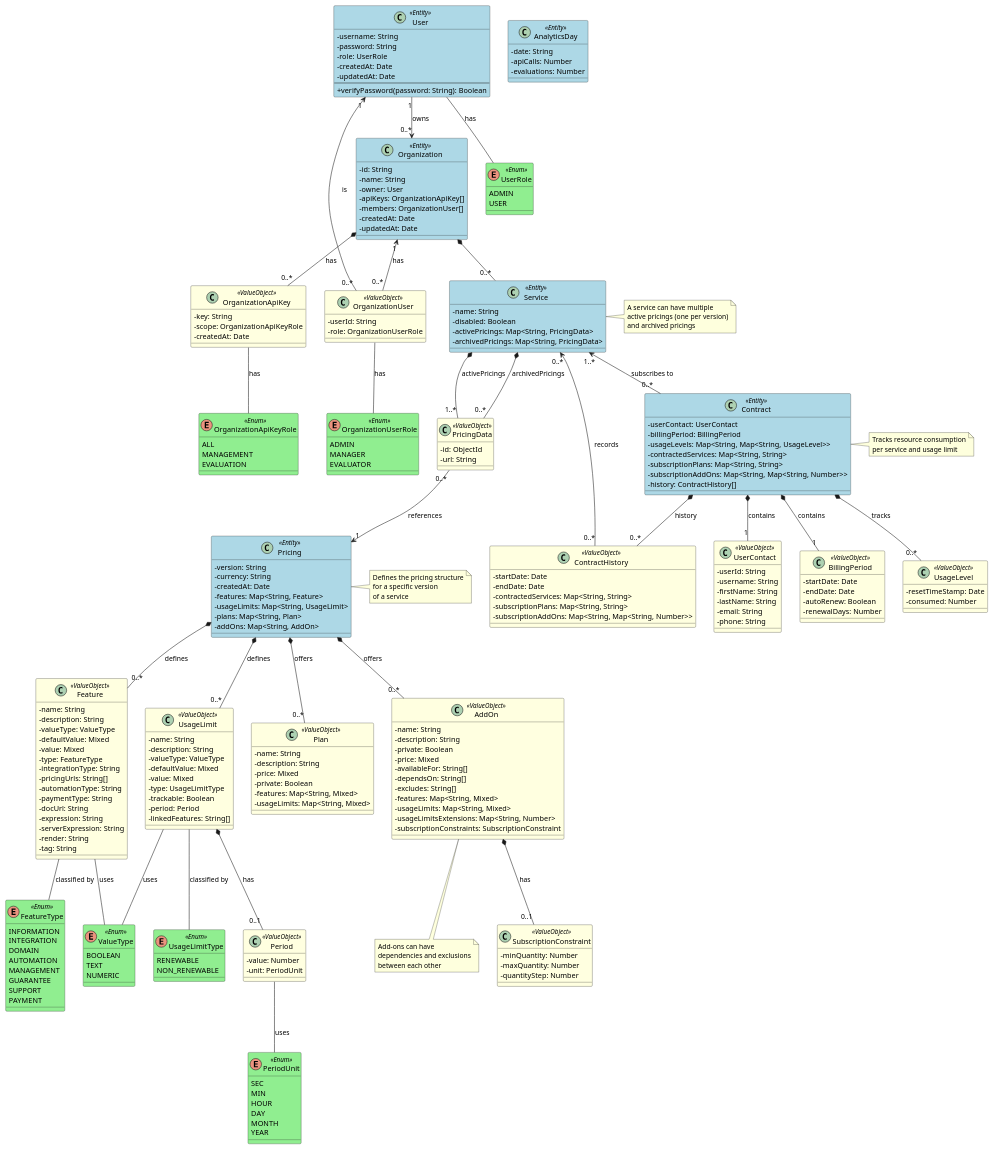
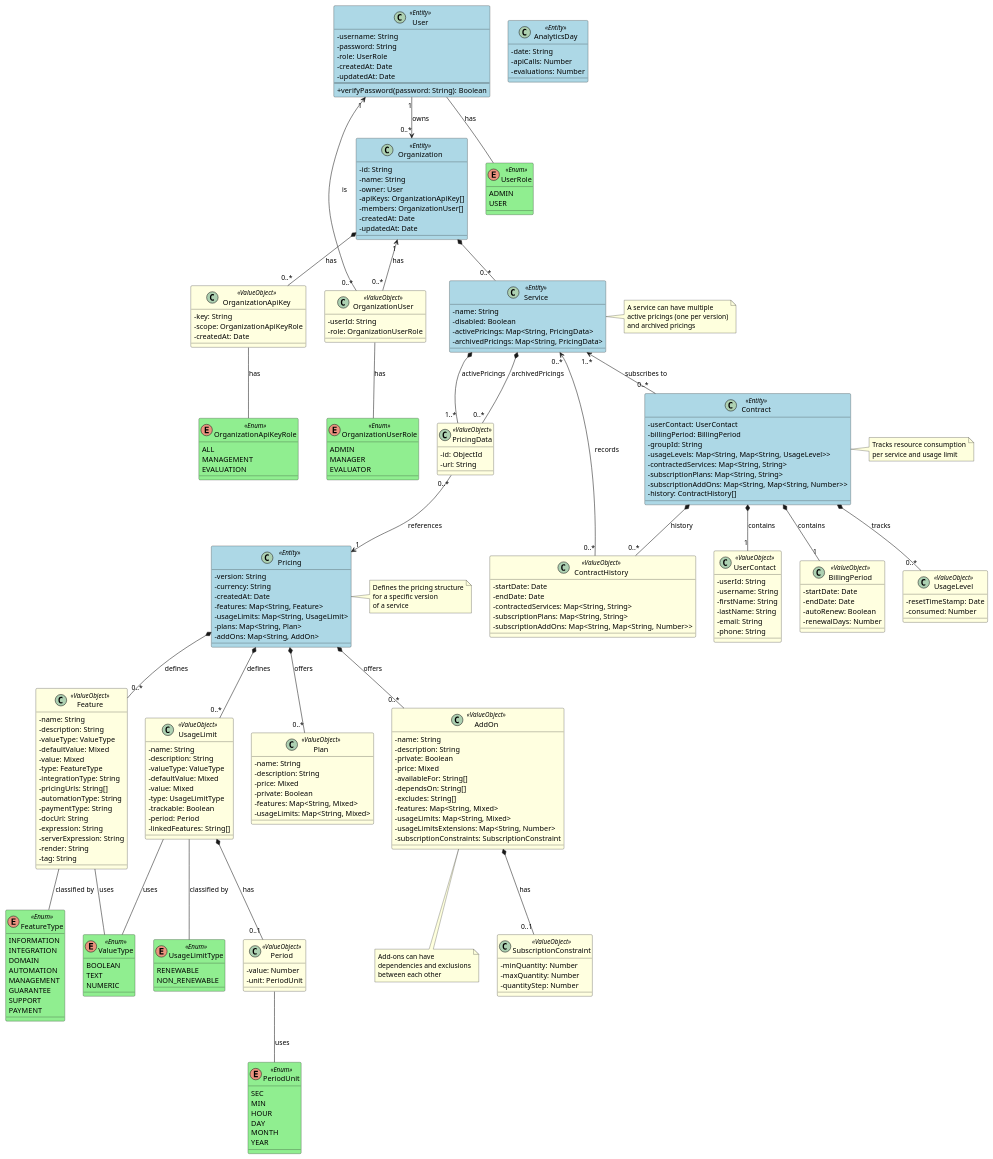
The diagram in docs/domain-model.puml (isa-group/space), drawn with PlantUML before and after one commit. The commit also changed 8 other files, not shown here.

```diff
--- a/docs/domain-model.puml
+++ b/docs/domain-model.puml
@@ -98,6 +98,7 @@
 class Contract <<Entity>> {
     - userContact: UserContact
     - billingPeriod: BillingPeriod
+    - groupId: String
     - usageLevels: Map<String, Map<String, UsageLevel>>
     - contractedServices: Map<String, String>
     - subscriptionPlans: Map<String, String>
```
